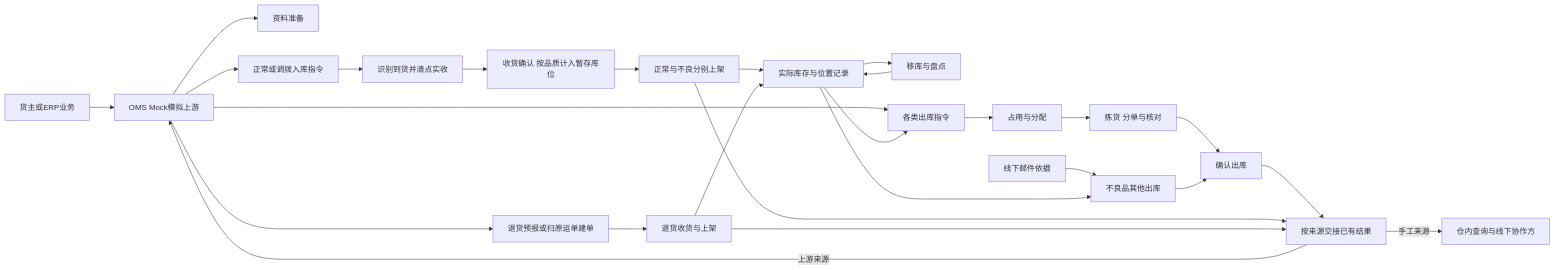
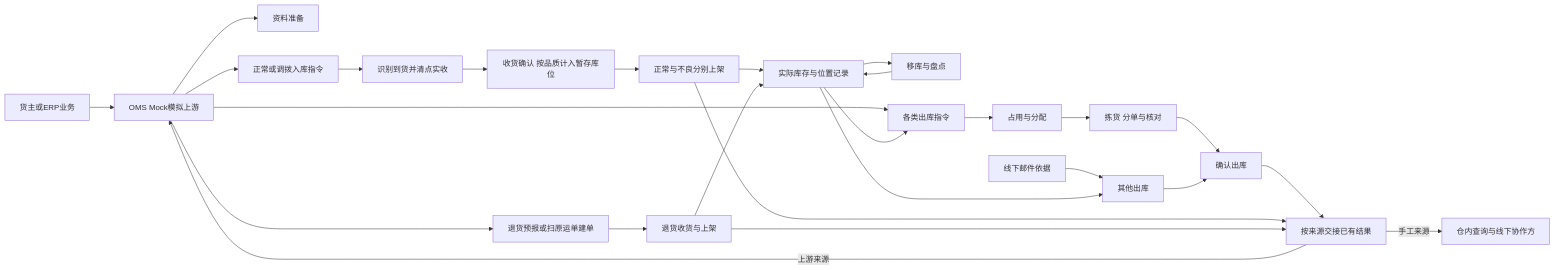
One commit to TopVitamin/QS-WMS-Project changed the diagram in 04-业务分析和设计/00-业务蓝图.md. Above: the diagram before and after it, drawn with Mermaid. The commit also changed other lines of this file and 139 other files, not shown here.

````diff
--- a/04-业务分析和设计/00-业务蓝图.md
+++ b/04-业务分析和设计/00-业务蓝图.md
@@ -70,28 +70,28 @@
 ```mermaid
 flowchart LR
     U[货主或ERP业务] --> M[OMS Mock模拟上游]
     M --> P[资料准备]
     M --> I[正常或调拨入库指令]
     I --> R[识别到货并清点实收]
     R --> Q[收货确认 按品质计入暂存库位]
     Q --> S[正常与不良分别上架]
     S --> K[实际库存与位置记录]
     M --> RT[退货预报或扫原运单建单]
     RT --> RR[退货收货与上架]
     RR --> K
     K --> N[移库与盘点]
     N --> K
     M --> O[各类出库指令]
-    E[线下邮件依据] --> D[不良品其他出库]
+    E[线下邮件依据] --> D[其他出库]
     K --> O
     O --> A[占用与分配]
     A --> B[拣货 分单与核对]
     B --> C[确认出库]
     K --> D
     D --> C
     C --> F[按来源交接已有结果]
     S --> F
     RR --> F
     F -->|上游来源| M
     F -->|手工来源| H[仓内查询与线下协作方]
 ```
````
